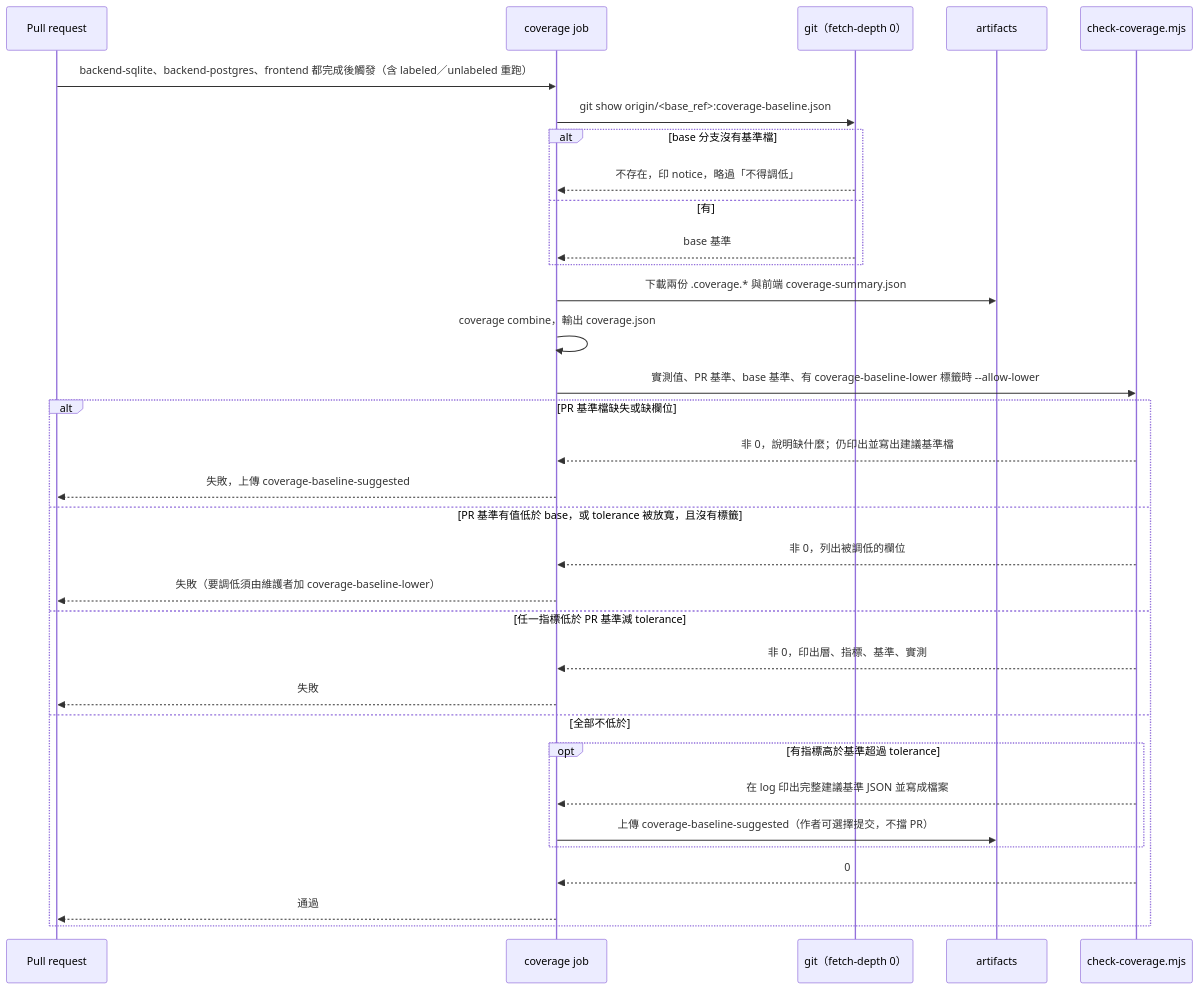
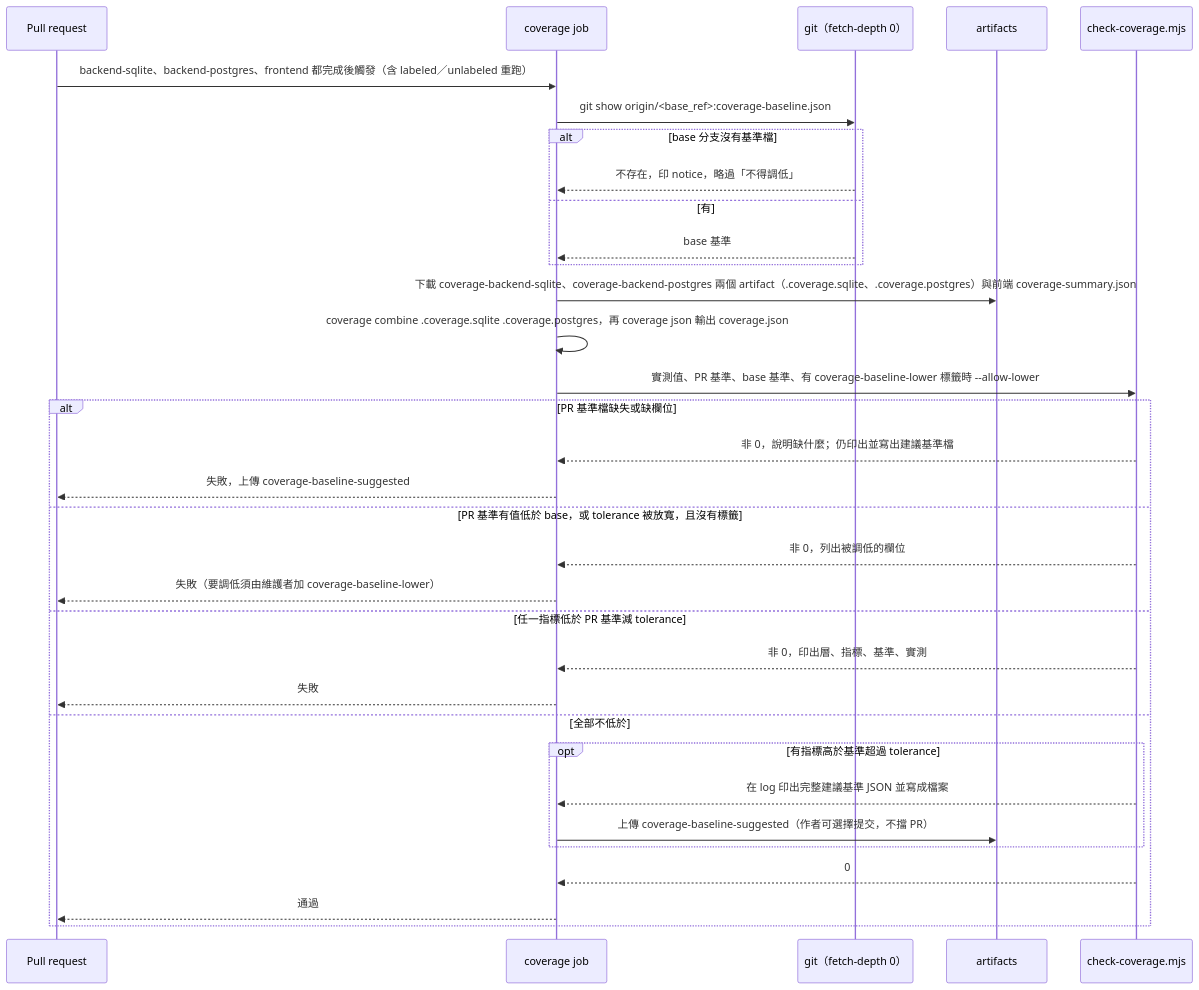
Before and after one commit to label-suite/label-suite: the ninth of 13 diagrams in openspec/changes/infra-compose-e2e-ci/system-design.md, drawn with Mermaid. The commit also changed other lines of this file and 3 other files, not shown here.

First line of the commit message:
docs: give each backend coverage run its own data file (#506)

````diff
--- a/openspec/changes/infra-compose-e2e-ci/system-design.md
+++ b/openspec/changes/infra-compose-e2e-ci/system-design.md
@@ -521,35 +522,35 @@
 ```mermaid
 sequenceDiagram
   participant PR as Pull request
   participant Job as coverage job
   participant Git as git（fetch-depth 0）
   participant Art as artifacts
   participant Cmp as check-coverage.mjs
   PR->>Job: backend-sqlite、backend-postgres、frontend 都完成後觸發（含 labeled／unlabeled 重跑）
   Job->>Git: git show origin/<base_ref>:coverage-baseline.json
   alt base 分支沒有基準檔
     Git-->>Job: 不存在，印 notice，略過「不得調低」
   else 有
     Git-->>Job: base 基準
   end
-  Job->>Art: 下載兩份 .coverage.* 與前端 coverage-summary.json
-  Job->>Job: coverage combine，輸出 coverage.json
+  Job->>Art: 下載 coverage-backend-sqlite、coverage-backend-postgres 兩個 artifact（.coverage.sqlite、.coverage.postgres）與前端 coverage-summary.json
+  Job->>Job: coverage combine .coverage.sqlite .coverage.postgres，再 coverage json 輸出 coverage.json
   Job->>Cmp: 實測值、PR 基準、base 基準、有 coverage-baseline-lower 標籤時 --allow-lower
   alt PR 基準檔缺失或缺欄位
     Cmp-->>Job: 非 0，說明缺什麼；仍印出並寫出建議基準檔
     Job-->>PR: 失敗，上傳 coverage-baseline-suggested
   else PR 基準有值低於 base，或 tolerance 被放寬，且沒有標籤
     Cmp-->>Job: 非 0，列出被調低的欄位
     Job-->>PR: 失敗（要調低須由維護者加 coverage-baseline-lower）
   else 任一指標低於 PR 基準減 tolerance
     Cmp-->>Job: 非 0，印出層、指標、基準、實測
     Job-->>PR: 失敗
   else 全部不低於
     opt 有指標高於基準超過 tolerance
       Cmp-->>Job: 在 log 印出完整建議基準 JSON 並寫成檔案
       Job->>Art: 上傳 coverage-baseline-suggested（作者可選擇提交，不擋 PR）
     end
     Cmp-->>Job: 0
     Job-->>PR: 通過
   end
 ```
````
